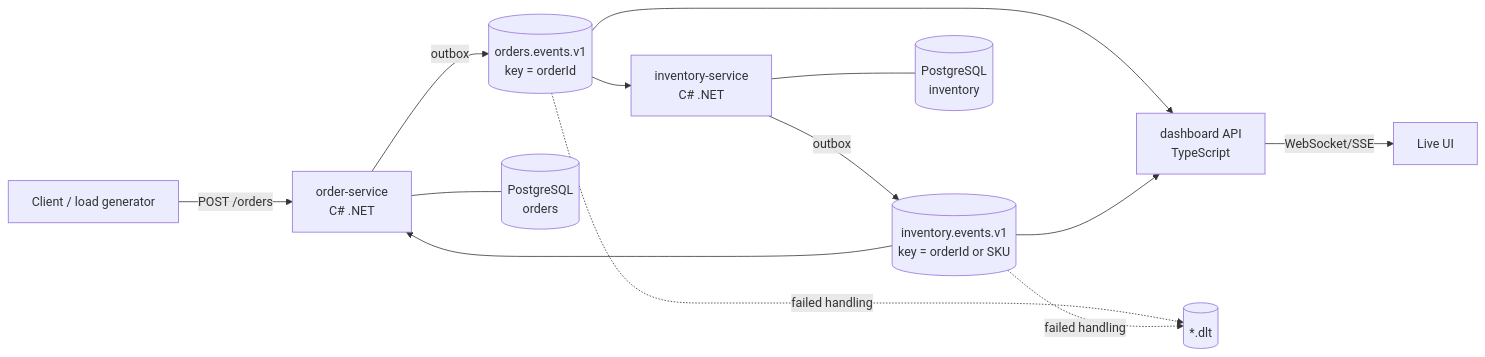
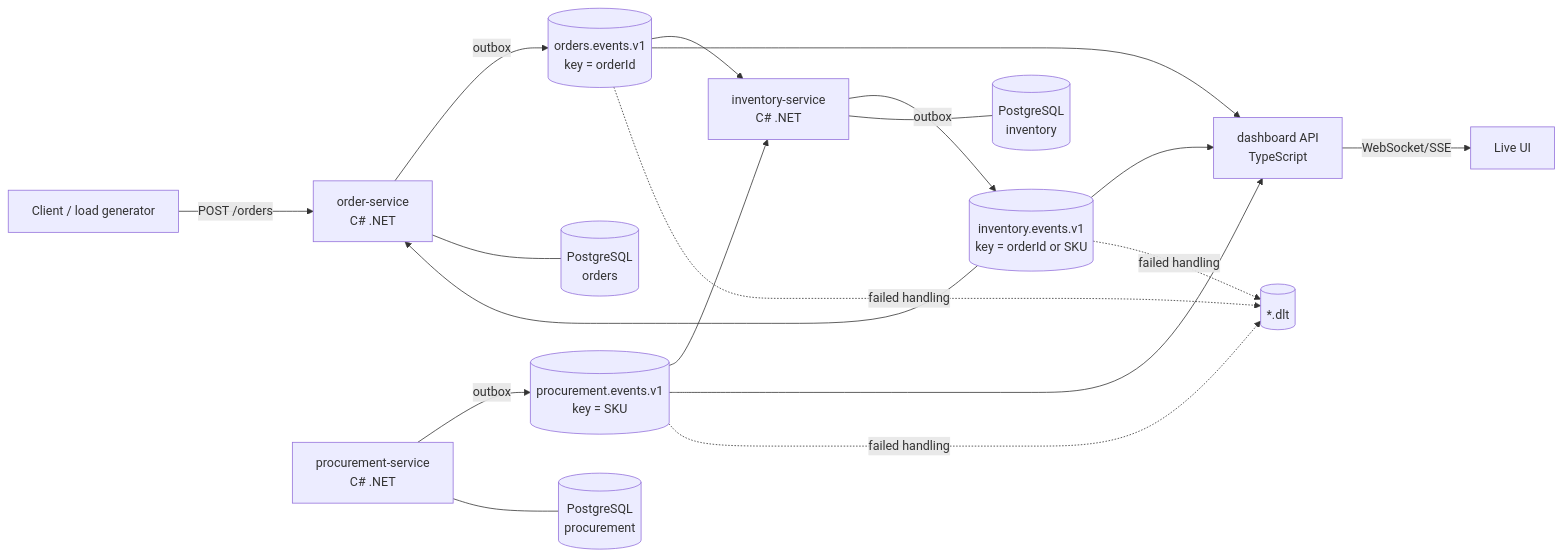
The diagram in docs/architecture.md (developer-az/logos), drawn with Mermaid before and after one commit. The commit also changed other lines of this file and 60 other files, not shown here.

First line of the commit message:
Make procurement a real service, not a simulated one

````diff
--- a/docs/architecture.md
+++ b/docs/architecture.md
@@ -5,15 +5,20 @@
 ```mermaid
 flowchart LR
   C[Client / load generator] -- POST /orders --> O[order-service<br/>C# .NET]
   O -- outbox --> OT[(orders.events.v1<br/>key = orderId)]
   OT --> I[inventory-service<br/>C# .NET]
   I -- outbox --> IT[(inventory.events.v1<br/>key = orderId or SKU)]
   IT --> O
+  P[procurement-service<br/>C# .NET] -- outbox --> PT[(procurement.events.v1<br/>key = SKU)]
+  PT --> I
   O --- OP[(PostgreSQL<br/>orders)]
   I --- IP[(PostgreSQL<br/>inventory)]
+  P --- PP[(PostgreSQL<br/>procurement)]
   OT --> D[dashboard API<br/>TypeScript]
   IT --> D
+  PT --> D
   D -- WebSocket/SSE --> UI[Live UI]
   OT -. failed handling .-> DLT[(*.dlt)]
   IT -. failed handling .-> DLT
+  PT -. failed handling .-> DLT
 ```
````
